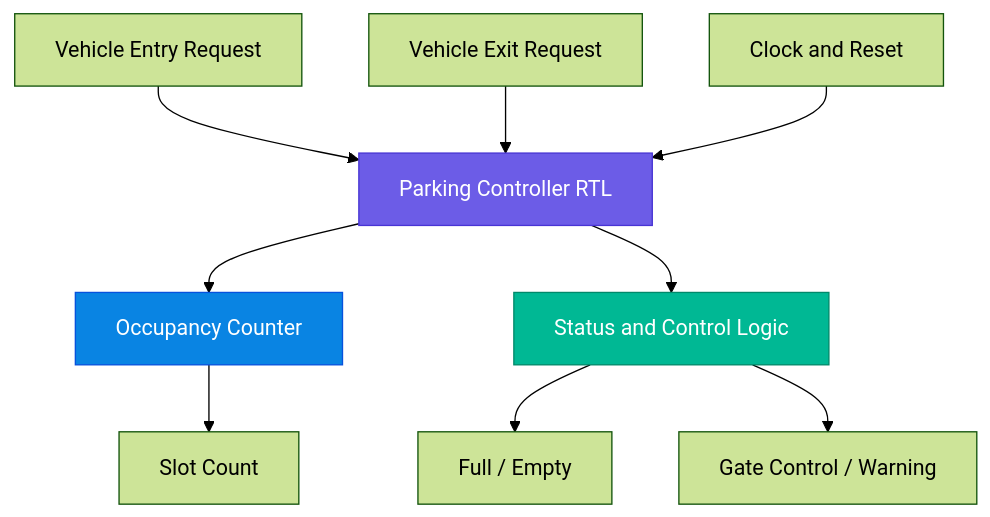
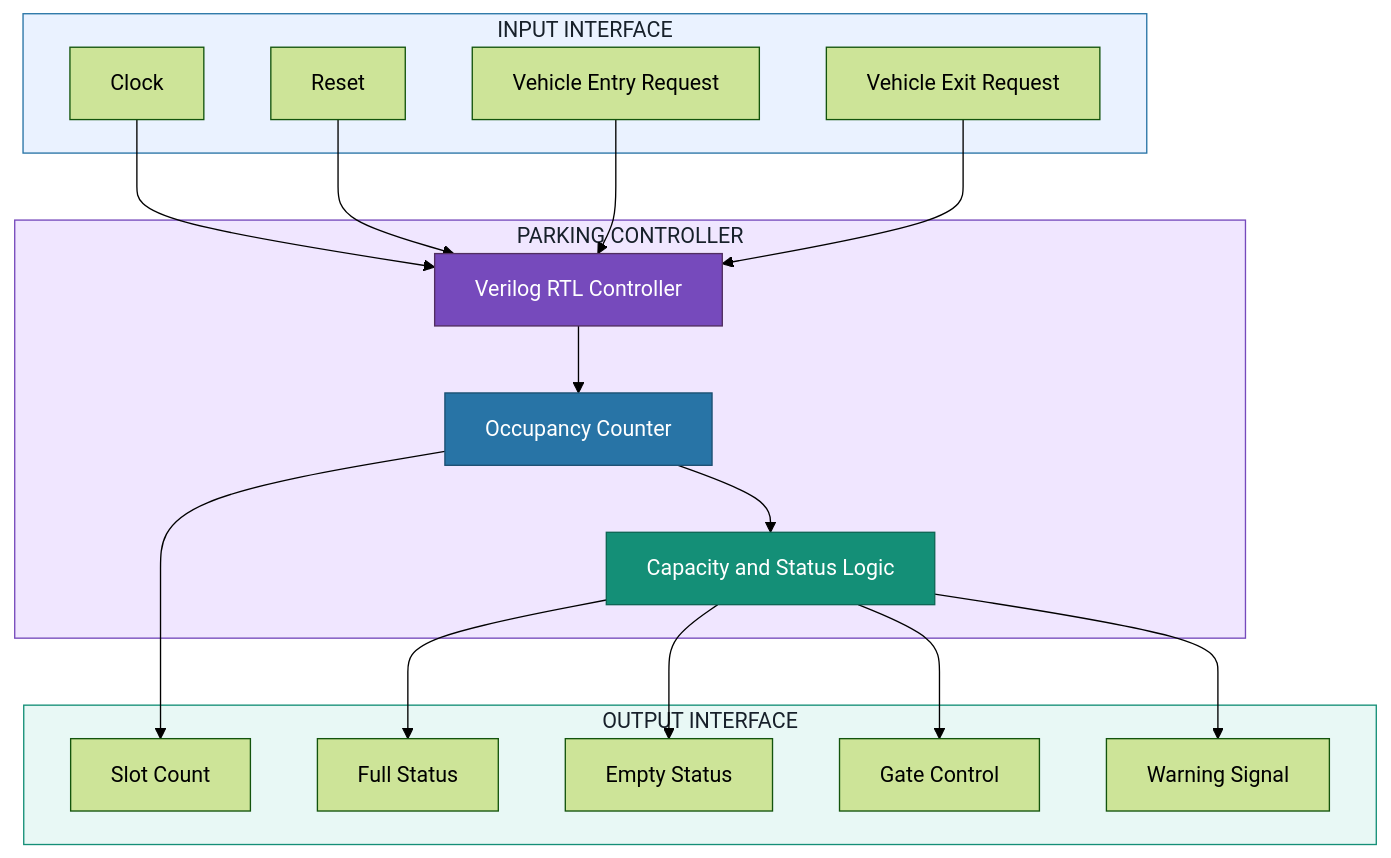
One commit to Sushmitha761/VSD_RTL-Design-Workshop1 changed the first of 3 diagrams in Four-Slot-Smart-Parking-ASIC/README.md. Above: the diagram before and after it, drawn with Mermaid (forest theme). The commit also changed other lines of this file, not shown here.

````diff
--- a/Four-Slot-Smart-Parking-ASIC/README.md
+++ b/Four-Slot-Smart-Parking-ASIC/README.md
@@ -47,14 +48,42 @@
 ```mermaid
-flowchart TD
-    A["Vehicle Entry Request"] --> D["Parking Controller RTL"]
-    B["Vehicle Exit Request"] --> D
-    C["Clock and Reset"] --> D
-    D --> E["Occupancy Counter"]
-    D --> F["Status and Control Logic"]
-    E --> G["Slot Count"]
-    F --> H["Full / Empty"]
-    F --> I["Gate Control / Warning"]
-    style D fill:#6C5CE7,color:#FFFFFF,stroke:#4834D4
-    style E fill:#0984E3,color:#FFFFFF,stroke:#0652DD
-    style F fill:#00B894,color:#FFFFFF,stroke:#00896A
+flowchart TB
+    subgraph INPUTS["INPUT INTERFACE"]
+        CLK["Clock"]
+        RST["Reset"]
+        ENTRY["Vehicle Entry Request"]
+        EXIT["Vehicle Exit Request"]
+    end
+
+    subgraph CORE["PARKING CONTROLLER"]
+        CTRL["Verilog RTL Controller"]
+        COUNT["Occupancy Counter"]
+        CHECK["Capacity and Status Logic"]
+    end
+
+    subgraph OUTPUTS["OUTPUT INTERFACE"]
+        SLOT["Slot Count"]
+        FULL["Full Status"]
+        EMPTY["Empty Status"]
+        GATE["Gate Control"]
+        WARN["Warning Signal"]
+    end
+
+    CLK --> CTRL
+    RST --> CTRL
+    ENTRY --> CTRL
+    EXIT --> CTRL
+    CTRL --> COUNT
+    COUNT --> CHECK
+    COUNT --> SLOT
+    CHECK --> FULL
+    CHECK --> EMPTY
+    CHECK --> GATE
+    CHECK --> WARN
+
+    style INPUTS fill:#EAF2FF,stroke:#2874A6,color:#17202A
+    style CORE fill:#F0E6FF,stroke:#764ABC,color:#17202A
+    style OUTPUTS fill:#E8F8F5,stroke:#148F77,color:#17202A
+    style CTRL fill:#764ABC,stroke:#512E5F,color:#FFFFFF
+    style COUNT fill:#2874A6,stroke:#1B4F72,color:#FFFFFF
+    style CHECK fill:#148F77,stroke:#0E6655,color:#FFFFFF
 ```
````
